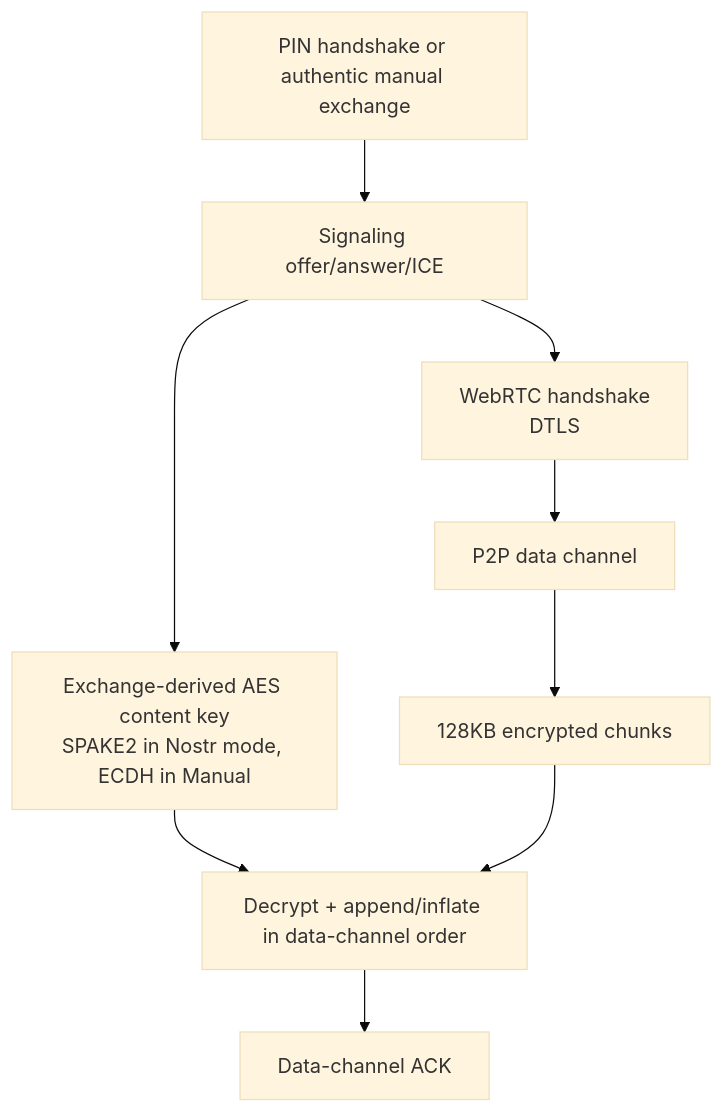
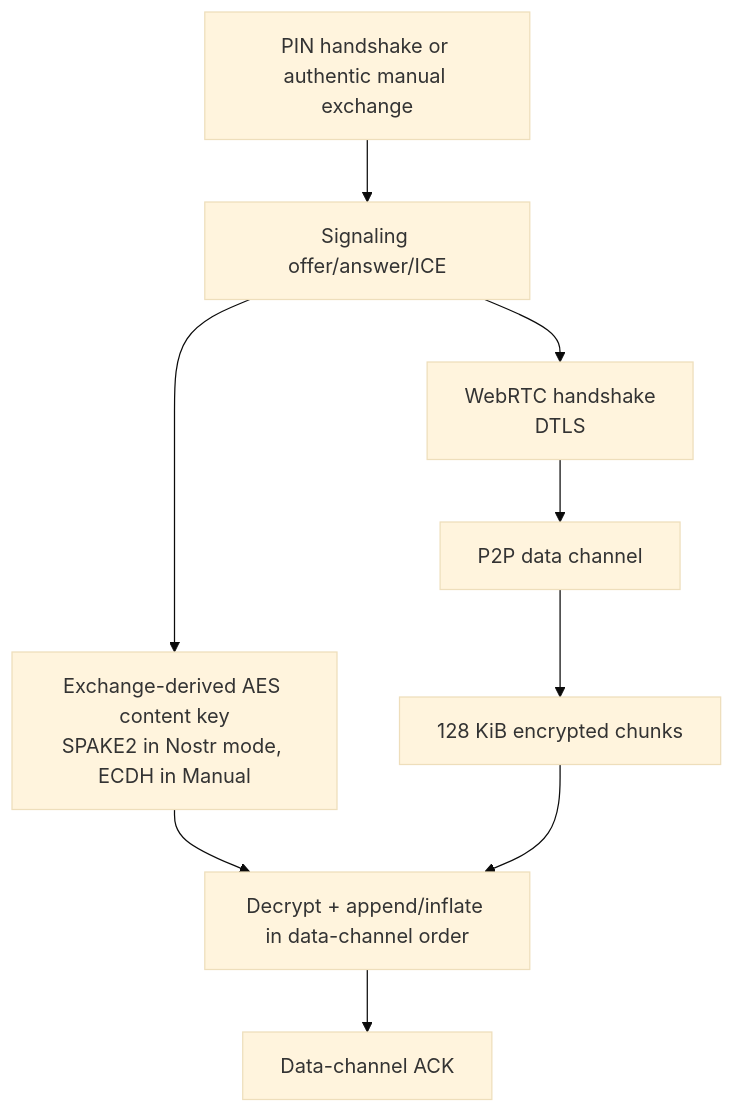
Before and after one commit to andrewtheguy/ptransfer: the fifth of 5 diagrams in docs/ARCHITECTURE.md, drawn with Mermaid (base theme). The commit also changed other lines of this file and 30 other files, not shown here.

````diff
--- a/docs/ARCHITECTURE.md
+++ b/docs/ARCHITECTURE.md
@@ -691,11 +706,11 @@
 ```mermaid
 flowchart TD
     Secret[PIN handshake or authentic manual exchange] --> Signaling[Signaling offer/answer/ICE]
     Signaling --> Key[Exchange-derived AES content key<br/>SPAKE2 in Nostr mode, ECDH in Manual]
     Signaling --> DTLS[WebRTC handshake<br/>DTLS]
     DTLS --> Channel[P2P data channel]
-    Channel --> Chunks[128KB encrypted chunks]
+    Channel --> Chunks[128 KiB encrypted chunks]
     Key --> Write[Decrypt + append/inflate in data-channel order]
     Chunks --> Write
     Write --> Ack[Data-channel ACK]
 ```
````
